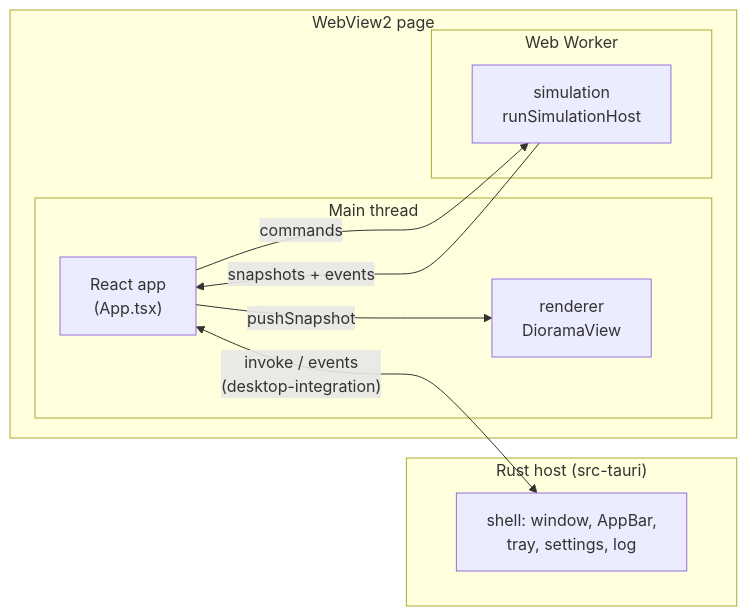
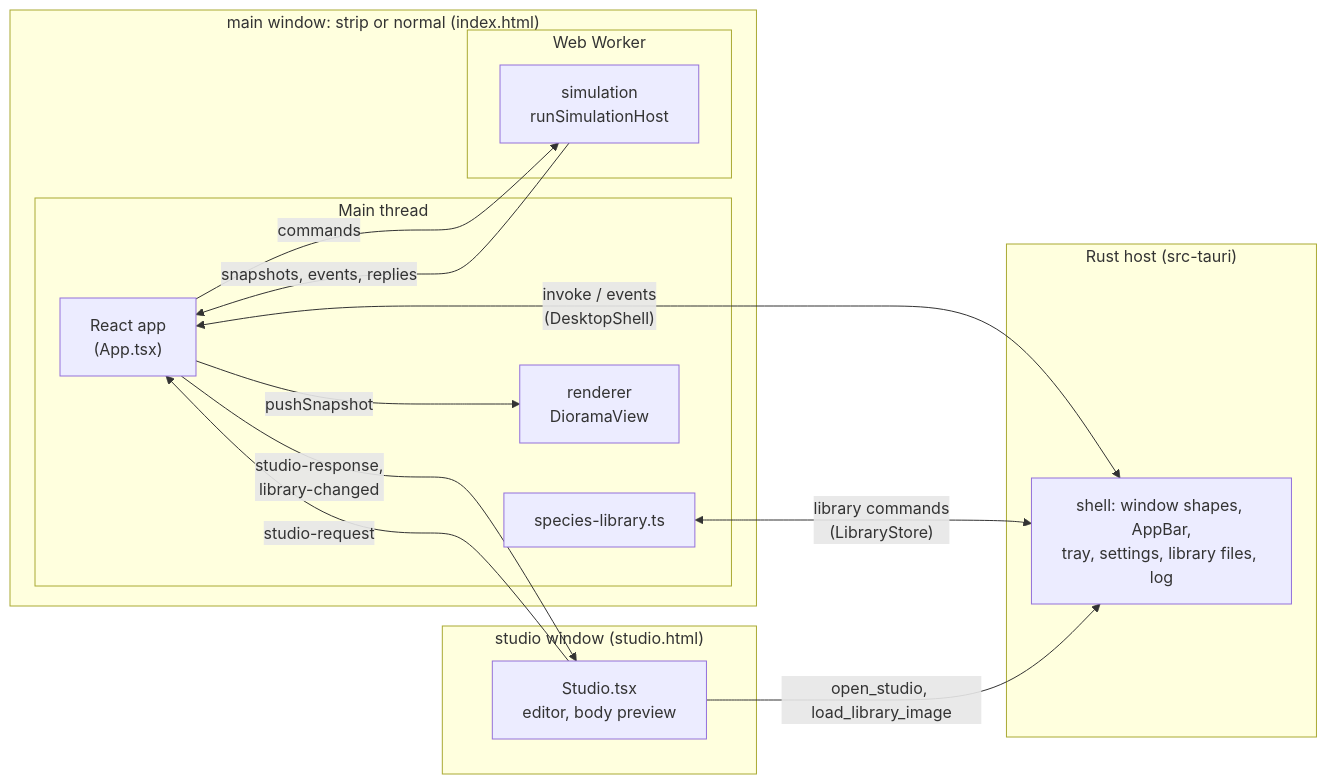
One commit to zhangwy324/living-diorama changed the second of 2 diagrams in docs/architecture.md. Above: the diagram before and after it, drawn with Mermaid. The commit also changed other lines of this file and 9 other files, not shown here.

First line of the commit message:
Bring the README and architecture docs up to date for v0.2 (M12 PR 5) (#63)

````diff
--- a/docs/architecture.md
+++ b/docs/architecture.md
@@ -44,20 +47,28 @@
 ```mermaid
 flowchart LR
   subgraph host["Rust host (src-tauri)"]
-    shell["shell: window, AppBar,<br/>tray, settings, log"]
+    shell["shell: window shapes, AppBar,<br/>tray, settings, library files, log"]
   end
-  subgraph webview["WebView2 page"]
-    subgraph main["Main thread"]
+  subgraph mainwin["main window: strip or normal (index.html)"]
+    subgraph mainthread["Main thread"]
       app["React app<br/>(App.tsx)"]
+      library["species-library.ts"]
       view["renderer<br/>DioramaView"]
     end
     subgraph worker["Web Worker"]
       sim["simulation<br/>runSimulationHost"]
     end
   end
+  subgraph studiowin["studio window (studio.html)"]
+    studio["Studio.tsx<br/>editor, body preview"]
+  end
 
-  app <-- "invoke / events<br/>(desktop-integration)" --> shell
+  app <-- "invoke / events<br/>(DesktopShell)" --> shell
+  library <-- "library commands<br/>(LibraryStore)" --> shell
   app -- "commands" --> sim
-  sim -- "snapshots + events" --> app
+  sim -- "snapshots, events, replies" --> app
   app -- "pushSnapshot" --> view
+  studio -- "studio-request" --> app
+  app -- "studio-response,<br/>library-changed" --> studio
+  studio -- "open_studio, load_library_image" --> shell
 ```
````
